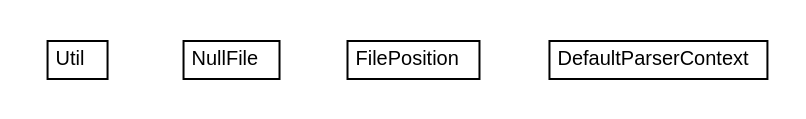
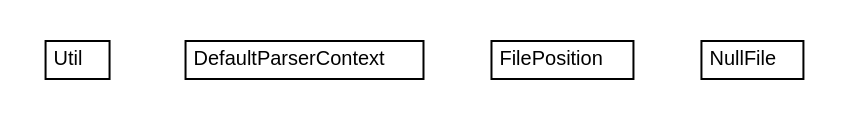
One commit to trajano/jetng changed the diagram in jetng-core/apidocs/net/trajano/jetng/internal/net.trajano.jetng.internal.dot. Above: the diagram before and after it, drawn with Graphviz. The commit also changed 185 other files, not shown here.

```diff
--- a/jetng-core/apidocs/net/trajano/jetng/internal/net.trajano.jetng.internal.dot
+++ b/jetng-core/apidocs/net/trajano/jetng/internal/net.trajano.jetng.internal.dot
@@ -1,36 +1,36 @@
 #!/usr/local/bin/dot
 #
 # Class diagram 
 # Generated by UMLGraph version R5_6-24-gf6e263 (http://www.umlgraph.org/)
 #
 
 digraph G {
-	edge [fontname="arial",fontsize=10,labelfontname="arial",labelfontsize=10];
-	node [fontname="arial",fontsize=10,shape=plaintext];
+	edge [fontname="Helvetica",fontsize=10,labelfontname="Helvetica",labelfontsize=10];
+	node [fontname="Helvetica",fontsize=10,shape=plaintext];
 	nodesep=0.25;
 	ranksep=0.5;
 	// net.trajano.jetng.internal.Util
 	c20 [label=<<table title="net.trajano.jetng.internal.Util" border="0" cellborder="1" cellspacing="0" cellpadding="2" port="p" href="./Util.html">
 		<tr><td><table border="0" cellspacing="0" cellpadding="1">
 <tr><td align="center" balign="center"> Util </td></tr>
 		</table></td></tr>
-		</table>>, URL="./Util.html", fontname="arial", fontcolor="black", fontsize=10.0];
-	// net.trajano.jetng.internal.NullFile
-	c21 [label=<<table title="net.trajano.jetng.internal.NullFile" border="0" cellborder="1" cellspacing="0" cellpadding="2" port="p" href="./NullFile.html">
+		</table>>, URL="./Util.html", fontname="Helvetica", fontcolor="black", fontsize=10.0];
+	// net.trajano.jetng.internal.DefaultParserContext
+	c21 [label=<<table title="net.trajano.jetng.internal.DefaultParserContext" border="0" cellborder="1" cellspacing="0" cellpadding="2" port="p" href="./DefaultParserContext.html">
 		<tr><td><table border="0" cellspacing="0" cellpadding="1">
-<tr><td align="center" balign="center"> NullFile </td></tr>
+<tr><td align="center" balign="center"> DefaultParserContext </td></tr>
 		</table></td></tr>
-		</table>>, URL="./NullFile.html", fontname="arial", fontcolor="black", fontsize=10.0];
+		</table>>, URL="./DefaultParserContext.html", fontname="Helvetica", fontcolor="black", fontsize=10.0];
 	// net.trajano.jetng.internal.FilePosition
 	c22 [label=<<table title="net.trajano.jetng.internal.FilePosition" border="0" cellborder="1" cellspacing="0" cellpadding="2" port="p" href="./FilePosition.html">
 		<tr><td><table border="0" cellspacing="0" cellpadding="1">
 <tr><td align="center" balign="center"> FilePosition </td></tr>
 		</table></td></tr>
-		</table>>, URL="./FilePosition.html", fontname="arial", fontcolor="black", fontsize=10.0];
-	// net.trajano.jetng.internal.DefaultParserContext
-	c23 [label=<<table title="net.trajano.jetng.internal.DefaultParserContext" border="0" cellborder="1" cellspacing="0" cellpadding="2" port="p" href="./DefaultParserContext.html">
+		</table>>, URL="./FilePosition.html", fontname="Helvetica", fontcolor="black", fontsize=10.0];
+	// net.trajano.jetng.internal.NullFile
+	c23 [label=<<table title="net.trajano.jetng.internal.NullFile" border="0" cellborder="1" cellspacing="0" cellpadding="2" port="p" href="./NullFile.html">
 		<tr><td><table border="0" cellspacing="0" cellpadding="1">
-<tr><td align="center" balign="center"> DefaultParserContext </td></tr>
+<tr><td align="center" balign="center"> NullFile </td></tr>
 		</table></td></tr>
-		</table>>, URL="./DefaultParserContext.html", fontname="arial", fontcolor="black", fontsize=10.0];
+		</table>>, URL="./NullFile.html", fontname="Helvetica", fontcolor="black", fontsize=10.0];
 }
```
